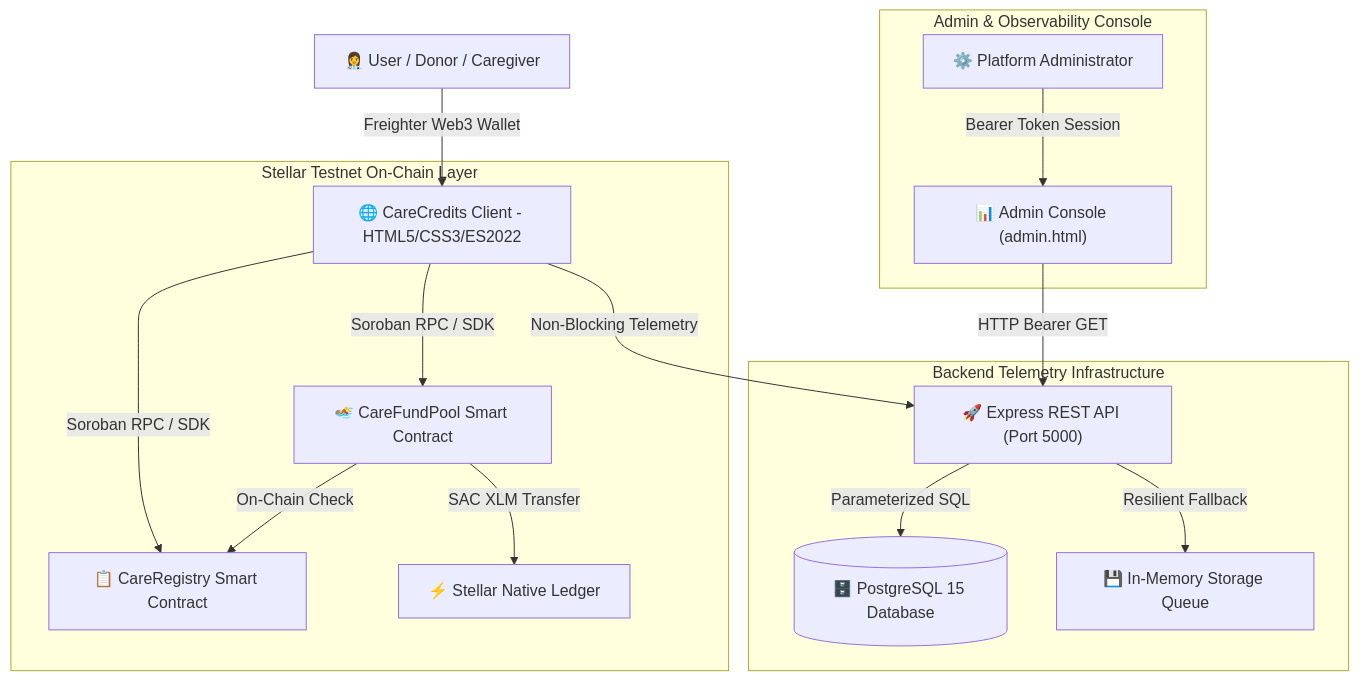
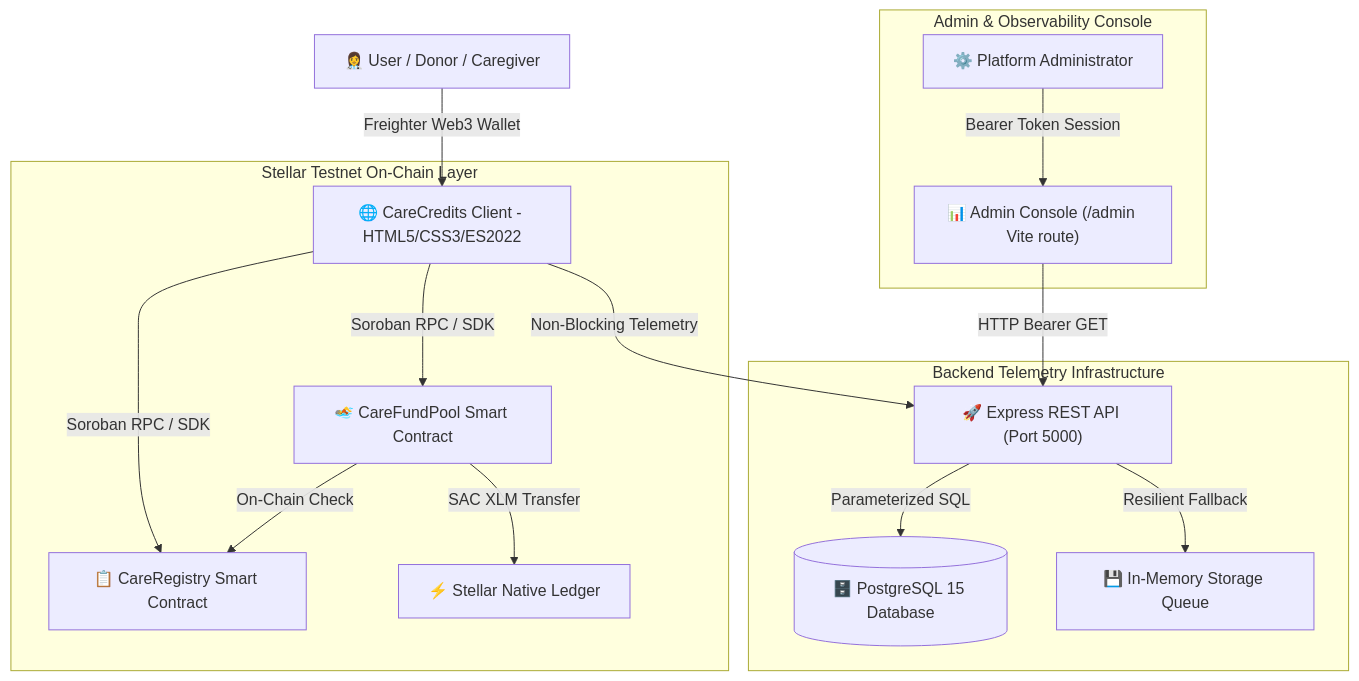
The diagram in docs/README_LEVEL4_GREEN_BELT.md (rohitsingh-01/CareCredits), drawn with Mermaid before and after one commit. The commit also changed other lines of this file and 66 other files, not shown here.

````diff
--- a/docs/README_LEVEL4_GREEN_BELT.md
+++ b/docs/README_LEVEL4_GREEN_BELT.md
@@ -99,22 +99,22 @@
 ```mermaid
 graph TD
   User[👩‍⚕️ User / Donor / Caregiver] -->|Freighter Web3 Wallet| Frontend[🌐 CareCredits Client - HTML5/CSS3/ES2022]
 
   subgraph "Stellar Testnet On-Chain Layer"
     Frontend -->|Soroban RPC / SDK| PoolContract["🏊 CareFundPool Smart Contract"]
     Frontend -->|Soroban RPC / SDK| RegistryContract["📋 CareRegistry Smart Contract"]
     PoolContract -->|On-Chain Check| RegistryContract
     PoolContract -->|SAC XLM Transfer| StellarLedger[⚡ Stellar Native Ledger]
   end
 
   subgraph "Backend Telemetry Infrastructure"
     Frontend -->|Non-Blocking Telemetry| ExpressAPI["🚀 Express REST API (Port 5000)"]
     ExpressAPI -->|Parameterized SQL| Postgres[("🗄️ PostgreSQL 15 Database")]
     ExpressAPI -->|Resilient Fallback| MemoryQueue["💾 In-Memory Storage Queue"]
   end
 
   subgraph "Admin & Observability Console"
-    Admin[⚙️ Platform Administrator] -->|Bearer Token Session| AdminConsole["📊 Admin Console (admin.html)"]
+    Admin[⚙️ Platform Administrator] -->|Bearer Token Session| AdminConsole["📊 Admin Console (/admin Vite route)"]
     AdminConsole -->|HTTP Bearer GET| ExpressAPI
   end
 ```
````
